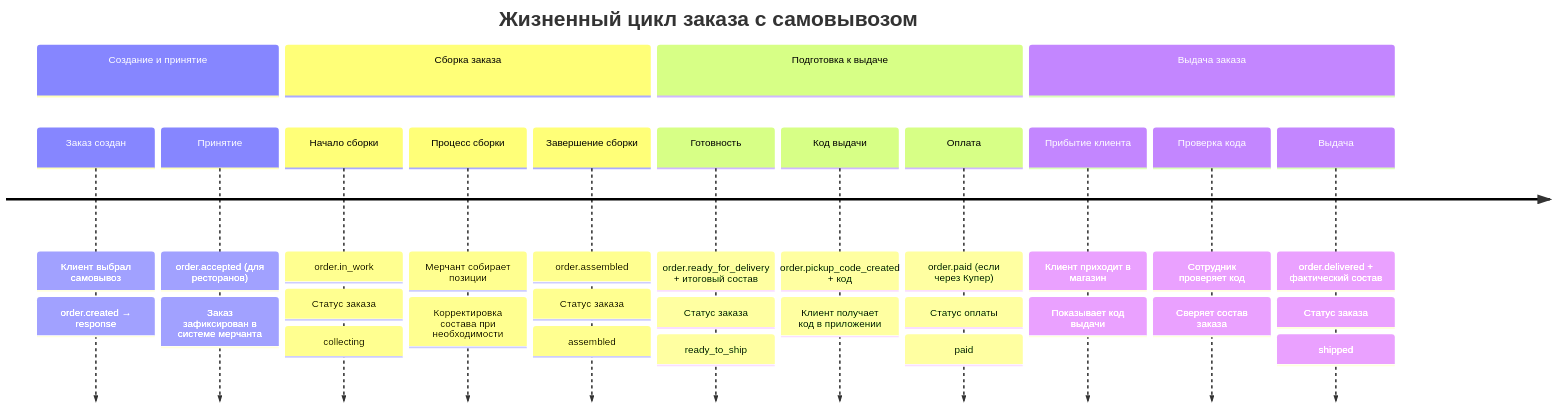
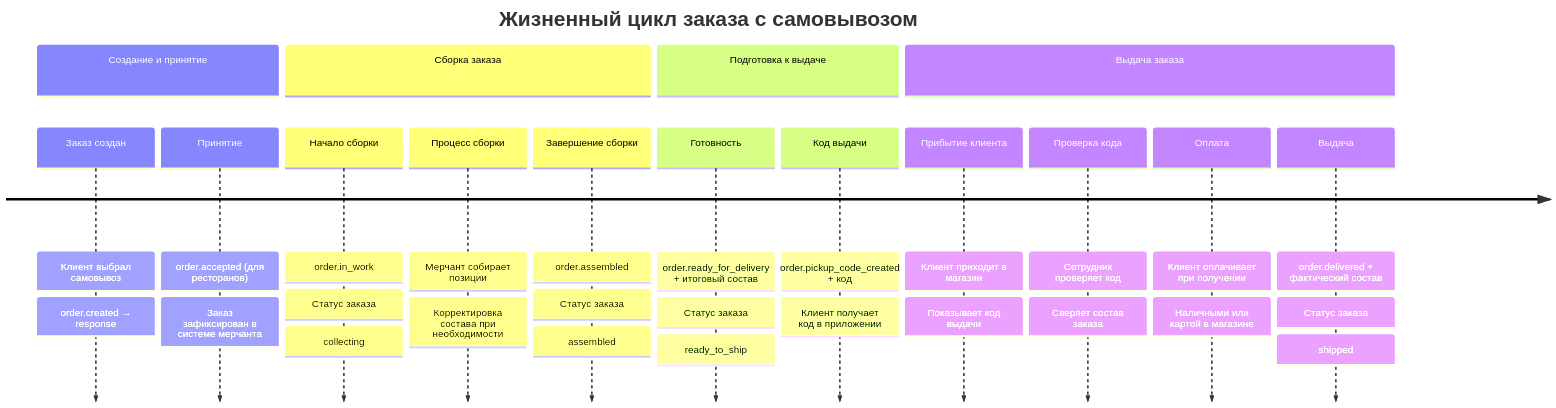
The third of 3 diagrams in assets/kuper-pickup-integration.md (benbut/kuper), drawn with Mermaid before and after one commit. The commit also changed other lines of this file, not shown here.

````diff
--- a/assets/kuper-pickup-integration.md
+++ b/assets/kuper-pickup-integration.md
@@ -130,34 +122,34 @@
 ```mermaid
 timeline
     title Жизненный цикл заказа с самовывозом
     
     section Создание и принятие
         Заказ создан : Клиент выбрал самовывоз
                      : order.created → response
         Принятие : order.accepted (для ресторанов)
                  : Заказ зафиксирован в системе мерчанта
         
     section Сборка заказа
         Начало сборки : order.in_work
                      : Статус заказа: collecting
         Процесс сборки : Мерчант собирает позиции
                       : Корректировка состава при необходимости
         Завершение сборки : order.assembled
                          : Статус заказа: assembled
         
     section Подготовка к выдаче
         Готовность : order.ready_for_delivery + итоговый состав
                    : Статус заказа: ready_to_ship
         Код выдачи : order.pickup_code_created + код
                    : Клиент получает код в приложении
-        Оплата : order.paid (если через Купер)
-               : Статус оплаты: paid
         
     section Выдача заказа
         Прибытие клиента : Клиент приходит в магазин
                         : Показывает код выдачи
         Проверка кода : Сотрудник проверяет код
                      : Сверяет состав заказа
+        Оплата : Клиент оплачивает при получении
+               : Наличными или картой в магазине
         Выдача : order.delivered + фактический состав
                : Статус заказа: shipped
 ```
````
